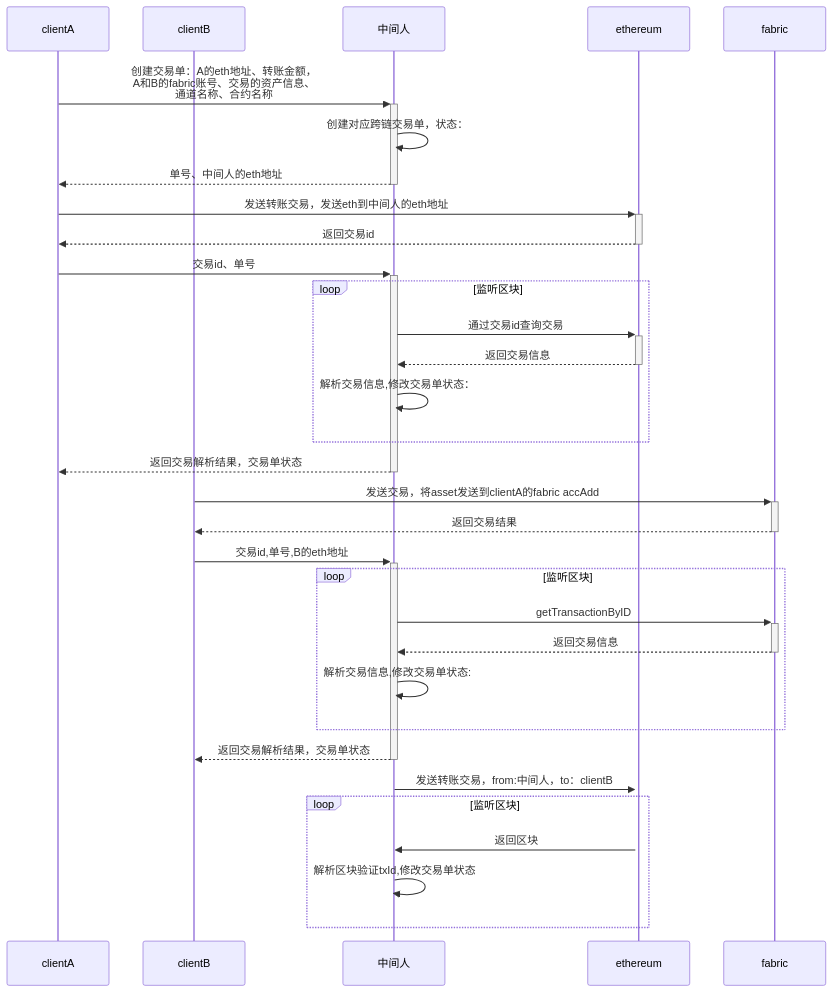
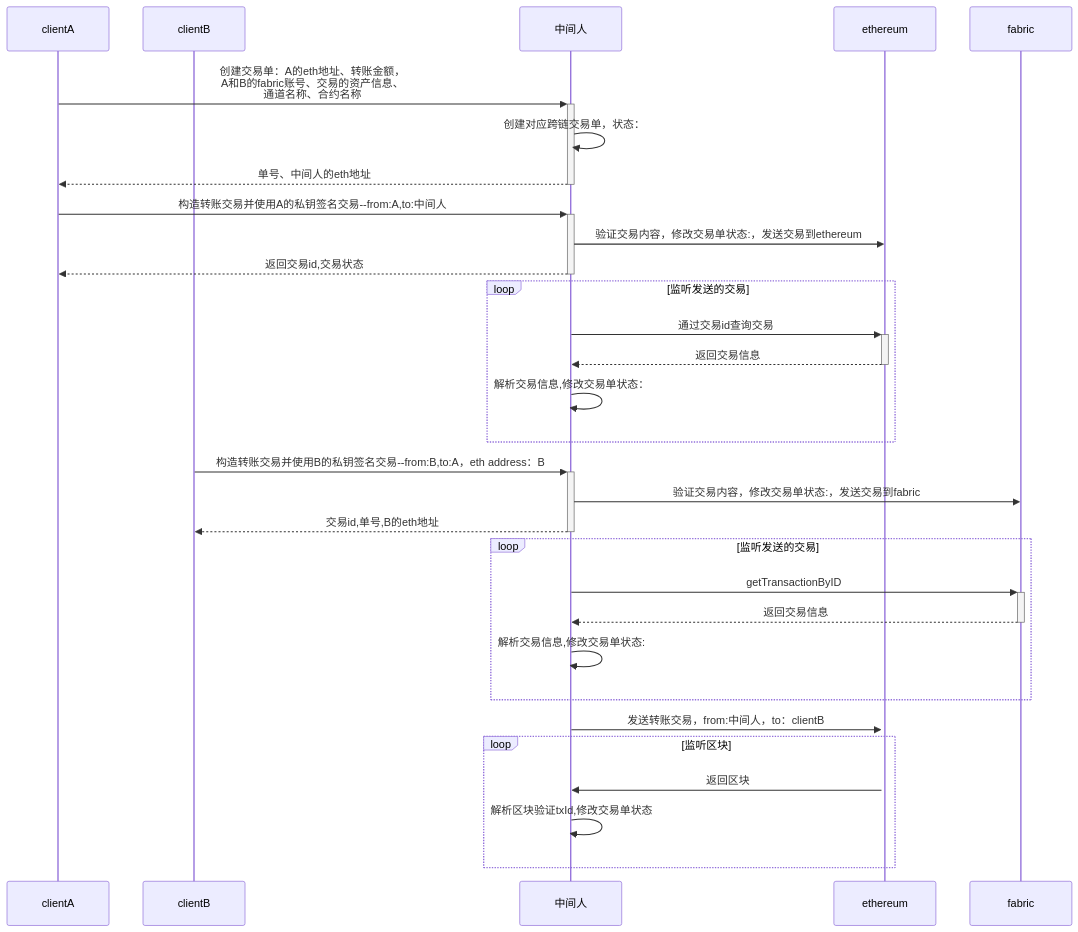
Before and after one commit to ehousecy/notary-samples: the diagram in README.md, drawn with Mermaid.

Commit message:
docs:fix cross chain transaction flow chart

````diff
--- a/README.md
+++ b/README.md
@@ -1,50 +1,48 @@
 ```mermaid
 sequenceDiagram
 	participant clientA
 	participant clientB
 	participant 中间人
 	participant ethereum
 	participant fabric
 	
 	#创建跨链交易单
 	clientA ->> + 中间人:创建交易单：A的eth地址、转账金额，<br>A和B的fabric账号、交易的资产信息、<br>通道名称、合约名称
 	中间人 ->> 中间人: 创建对应跨链交易单，状态：
 	中间人 -->> -clientA:单号、中间人的eth地址
 	
 	#第一次以太交易：A->中间人
-	clientA ->>+ ethereum: 发送转账交易，发送eth到中间人的eth地址
-	ethereum -->>- clientA: 返回交易id
-	clientA ->>+ 中间人: 交易id、单号
+	clientA ->>+ 中间人: 构造转账交易并使用A的私钥签名交易--from:A,to:中间人
+	中间人->> ethereum: 验证交易内容，修改交易单状态:，发送交易到ethereum
+	中间人 -->>- clientA: 返回交易id,交易状态
 	
-	loop 监听区块
+	loop 监听发送的交易
 		中间人 ->>+ ethereum:通过交易id查询交易
 		ethereum -->>- 中间人:返回交易信息
 		中间人 ->> 中间人:解析交易信息,修改交易单状态：
 	end
-	中间人-->>-clientA:返回交易解析结果，交易单状态
 	
 	#第二次fabric交易:B->A
-	clientB ->>+ fabric:发送交易，将asset发送到clientA的fabric accAdd
-	fabric -->>- clientB: 返回交易结果
-	clientB ->>+ 中间人: 交易id,单号,B的eth地址
+	clientB ->>+ 中间人:构造转账交易并使用B的私钥签名交易--from:B,to:A，eth address：B
+	中间人 ->> fabric:验证交易内容，修改交易单状态:，发送交易到fabric
+	中间人-->>- clientB: 交易id,单号,B的eth地址
 	
-	loop 监听区块
+	loop 监听发送的交易
 		中间人 ->>+ fabric:getTransactionByID
 		fabric -->>- 中间人:返回交易信息
 		中间人 ->> 中间人:解析交易信息,修改交易单状态:
 	end
-	中间人-->>- clientB:返回交易解析结果，交易单状态
 	
 	#第三次以太交易：中间人->B
 	中间人->>+ ethereum: 发送转账交易，from:中间人，to：clientB
 	
 	loop 监听区块
 		ethereum ->> 中间人:返回区块
 		中间人 ->> 中间人:解析区块验证txId,修改交易单状态
 	end
 	
 	
 	
 	
 	
 ```
````
